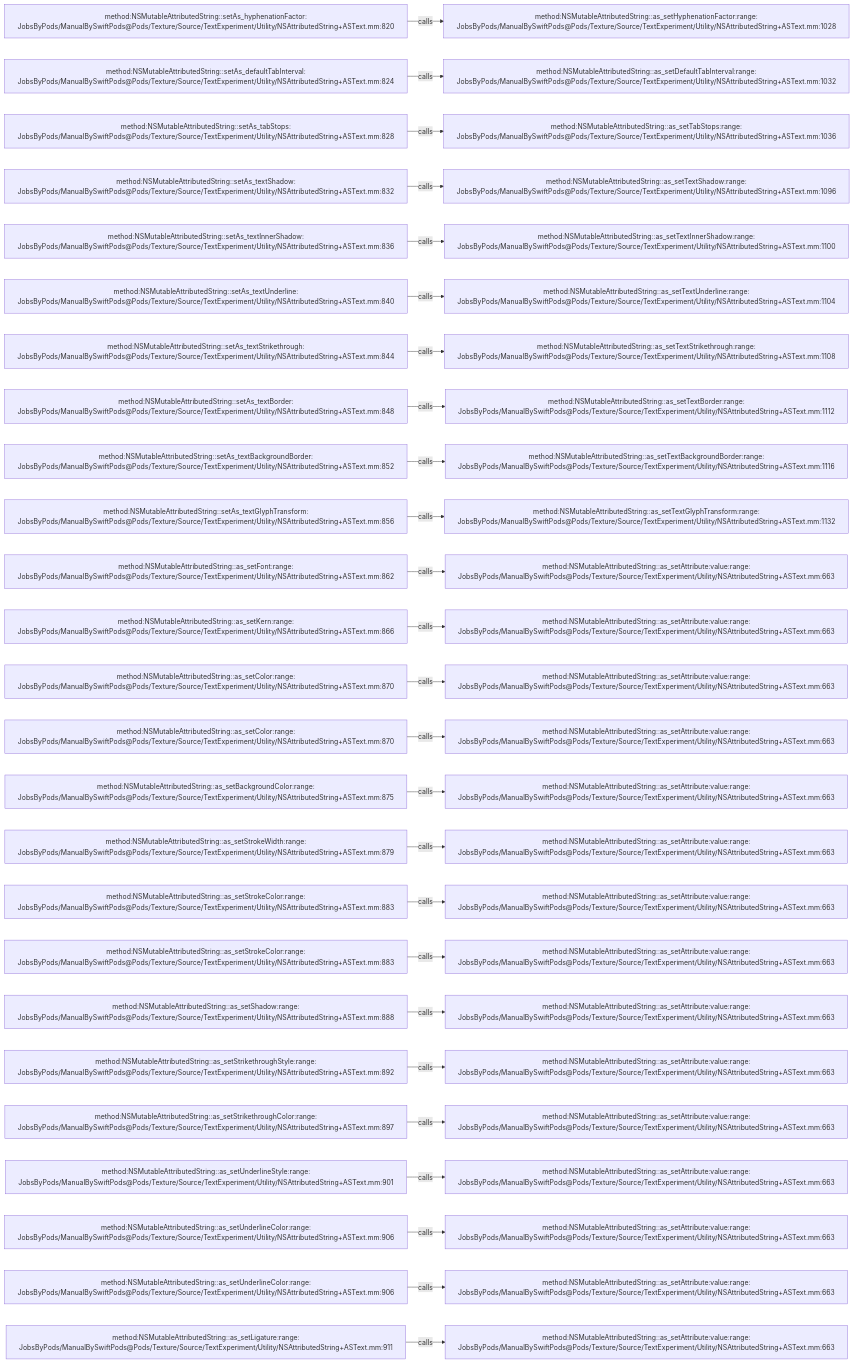
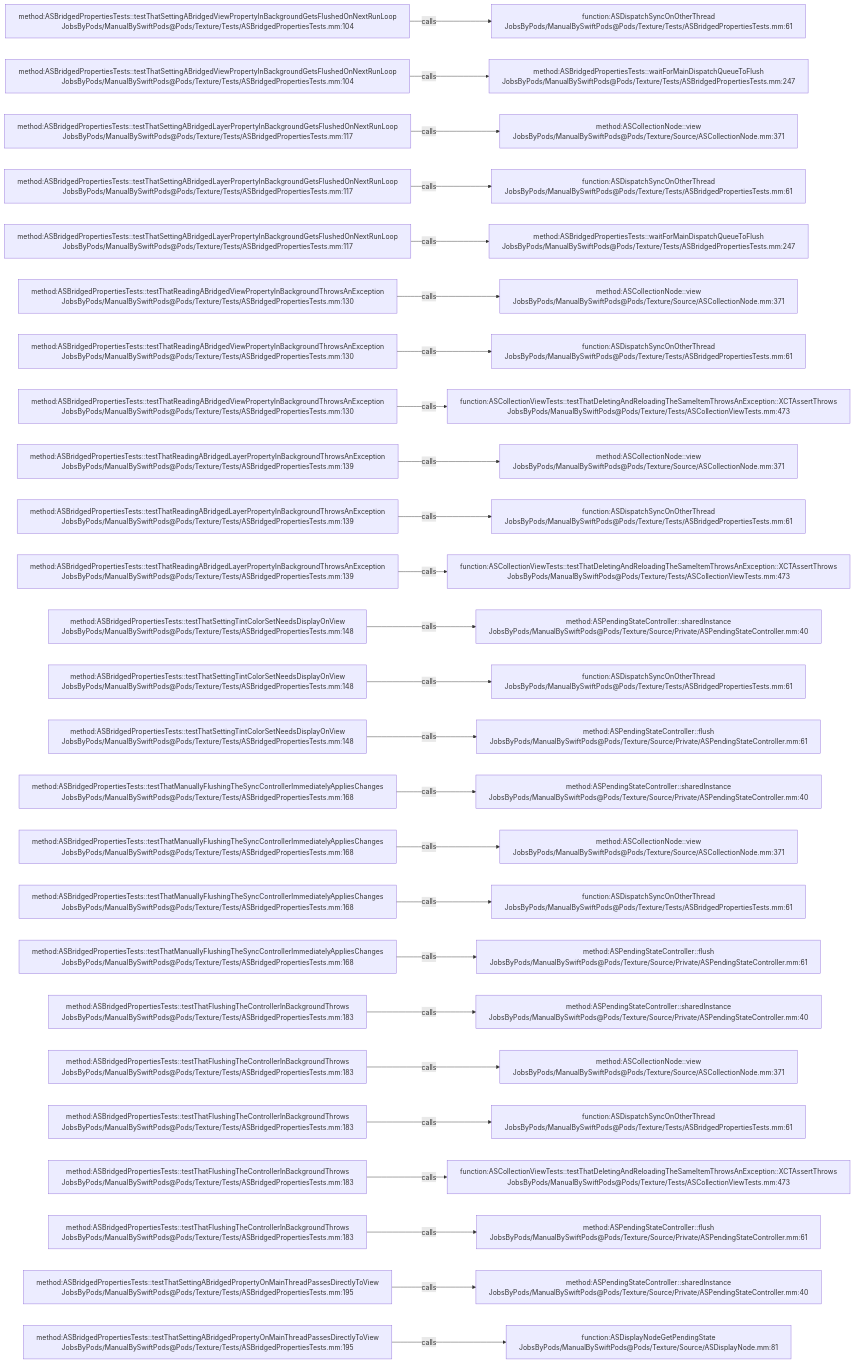
One commit to JobsKits/JobsSwiftBaseConfigDemo changed the diagram in .codegraph/codegraph.md/graphs/calls-164.md. Above: the diagram before and after it, drawn with Mermaid. The commit also changed 832 other files, not shown here.

````diff
--- a/.codegraph/codegraph.md/graphs/calls-164.md
+++ b/.codegraph/codegraph.md/graphs/calls-164.md
@@ -13,78 +13,78 @@
 ```mermaid
 flowchart LR
-  S1["method:NSMutableAttributedString::setAs_hyphenationFactor:<br/>JobsByPods/ManualBySwiftPods@Pods/Texture/Source/TextExperiment/Utility/NSAttributedString+ASText.mm:820"]
-  T1["method:NSMutableAttributedString::as_setHyphenationFactor:range:<br/>JobsByPods/ManualBySwiftPods@Pods/Texture/Source/TextExperiment/Utility/NSAttributedString+ASText.mm:1028"]
+  S1["method:ASBridgedPropertiesTests::testThatSettingABridgedViewPropertyInBackgroundGetsFlushedOnNextRunLoop<br/>JobsByPods/ManualBySwiftPods@Pods/Texture/Tests/ASBridgedPropertiesTests.mm:104"]
+  T1["function:ASDispatchSyncOnOtherThread<br/>JobsByPods/ManualBySwiftPods@Pods/Texture/Tests/ASBridgedPropertiesTests.mm:61"]
   S1 -->|calls| T1
-  S2["method:NSMutableAttributedString::setAs_defaultTabInterval:<br/>JobsByPods/ManualBySwiftPods@Pods/Texture/Source/TextExperiment/Utility/NSAttributedString+ASText.mm:824"]
-  T2["method:NSMutableAttributedString::as_setDefaultTabInterval:range:<br/>JobsByPods/ManualBySwiftPods@Pods/Texture/Source/TextExperiment/Utility/NSAttributedString+ASText.mm:1032"]
+  S2["method:ASBridgedPropertiesTests::testThatSettingABridgedViewPropertyInBackgroundGetsFlushedOnNextRunLoop<br/>JobsByPods/ManualBySwiftPods@Pods/Texture/Tests/ASBridgedPropertiesTests.mm:104"]
+  T2["method:ASBridgedPropertiesTests::waitForMainDispatchQueueToFlush<br/>JobsByPods/ManualBySwiftPods@Pods/Texture/Tests/ASBridgedPropertiesTests.mm:247"]
   S2 -->|calls| T2
-  S3["method:NSMutableAttributedString::setAs_tabStops:<br/>JobsByPods/ManualBySwiftPods@Pods/Texture/Source/TextExperiment/Utility/NSAttributedString+ASText.mm:828"]
-  T3["method:NSMutableAttributedString::as_setTabStops:range:<br/>JobsByPods/ManualBySwiftPods@Pods/Texture/Source/TextExperiment/Utility/NSAttributedString+ASText.mm:1036"]
+  S3["method:ASBridgedPropertiesTests::testThatSettingABridgedLayerPropertyInBackgroundGetsFlushedOnNextRunLoop<br/>JobsByPods/ManualBySwiftPods@Pods/Texture/Tests/ASBridgedPropertiesTests.mm:117"]
+  T3["method:ASCollectionNode::view<br/>JobsByPods/ManualBySwiftPods@Pods/Texture/Source/ASCollectionNode.mm:371"]
   S3 -->|calls| T3
-  S4["method:NSMutableAttributedString::setAs_textShadow:<br/>JobsByPods/ManualBySwiftPods@Pods/Texture/Source/TextExperiment/Utility/NSAttributedString+ASText.mm:832"]
-  T4["method:NSMutableAttributedString::as_setTextShadow:range:<br/>JobsByPods/ManualBySwiftPods@Pods/Texture/Source/TextExperiment/Utility/NSAttributedString+ASText.mm:1096"]
+  S4["method:ASBridgedPropertiesTests::testThatSettingABridgedLayerPropertyInBackgroundGetsFlushedOnNextRunLoop<br/>JobsByPods/ManualBySwiftPods@Pods/Texture/Tests/ASBridgedPropertiesTests.mm:117"]
+  T4["function:ASDispatchSyncOnOtherThread<br/>JobsByPods/ManualBySwiftPods@Pods/Texture/Tests/ASBridgedPropertiesTests.mm:61"]
   S4 -->|calls| T4
-  S5["method:NSMutableAttributedString::setAs_textInnerShadow:<br/>JobsByPods/ManualBySwiftPods@Pods/Texture/Source/TextExperiment/Utility/NSAttributedString+ASText.mm:836"]
-  T5["method:NSMutableAttributedString::as_setTextInnerShadow:range:<br/>JobsByPods/ManualBySwiftPods@Pods/Texture/Source/TextExperiment/Utility/NSAttributedString+ASText.mm:1100"]
+  S5["method:ASBridgedPropertiesTests::testThatSettingABridgedLayerPropertyInBackgroundGetsFlushedOnNextRunLoop<br/>JobsByPods/ManualBySwiftPods@Pods/Texture/Tests/ASBridgedPropertiesTests.mm:117"]
+  T5["method:ASBridgedPropertiesTests::waitForMainDispatchQueueToFlush<br/>JobsByPods/ManualBySwiftPods@Pods/Texture/Tests/ASBridgedPropertiesTests.mm:247"]
   S5 -->|calls| T5
-  S6["method:NSMutableAttributedString::setAs_textUnderline:<br/>JobsByPods/ManualBySwiftPods@Pods/Texture/Source/TextExperiment/Utility/NSAttributedString+ASText.mm:840"]
-  T6["method:NSMutableAttributedString::as_setTextUnderline:range:<br/>JobsByPods/ManualBySwiftPods@Pods/Texture/Source/TextExperiment/Utility/NSAttributedString+ASText.mm:1104"]
+  S6["method:ASBridgedPropertiesTests::testThatReadingABridgedViewPropertyInBackgroundThrowsAnException<br/>JobsByPods/ManualBySwiftPods@Pods/Texture/Tests/ASBridgedPropertiesTests.mm:130"]
+  T6["method:ASCollectionNode::view<br/>JobsByPods/ManualBySwiftPods@Pods/Texture/Source/ASCollectionNode.mm:371"]
   S6 -->|calls| T6
-  S7["method:NSMutableAttributedString::setAs_textStrikethrough:<br/>JobsByPods/ManualBySwiftPods@Pods/Texture/Source/TextExperiment/Utility/NSAttributedString+ASText.mm:844"]
-  T7["method:NSMutableAttributedString::as_setTextStrikethrough:range:<br/>JobsByPods/ManualBySwiftPods@Pods/Texture/Source/TextExperiment/Utility/NSAttributedString+ASText.mm:1108"]
+  S7["method:ASBridgedPropertiesTests::testThatReadingABridgedViewPropertyInBackgroundThrowsAnException<br/>JobsByPods/ManualBySwiftPods@Pods/Texture/Tests/ASBridgedPropertiesTests.mm:130"]
+  T7["function:ASDispatchSyncOnOtherThread<br/>JobsByPods/ManualBySwiftPods@Pods/Texture/Tests/ASBridgedPropertiesTests.mm:61"]
   S7 -->|calls| T7
-  S8["method:NSMutableAttributedString::setAs_textBorder:<br/>JobsByPods/ManualBySwiftPods@Pods/Texture/Source/TextExperiment/Utility/NSAttributedString+ASText.mm:848"]
-  T8["method:NSMutableAttributedString::as_setTextBorder:range:<br/>JobsByPods/ManualBySwiftPods@Pods/Texture/Source/TextExperiment/Utility/NSAttributedString+ASText.mm:1112"]
+  S8["method:ASBridgedPropertiesTests::testThatReadingABridgedViewPropertyInBackgroundThrowsAnException<br/>JobsByPods/ManualBySwiftPods@Pods/Texture/Tests/ASBridgedPropertiesTests.mm:130"]
+  T8["function:ASCollectionViewTests::testThatDeletingAndReloadingTheSameItemThrowsAnException::XCTAssertThrows<br/>JobsByPods/ManualBySwiftPods@Pods/Texture/Tests/ASCollectionViewTests.mm:473"]
   S8 -->|calls| T8
-  S9["method:NSMutableAttributedString::setAs_textBackgroundBorder:<br/>JobsByPods/ManualBySwiftPods@Pods/Texture/Source/TextExperiment/Utility/NSAttributedString+ASText.mm:852"]
-  T9["method:NSMutableAttributedString::as_setTextBackgroundBorder:range:<br/>JobsByPods/ManualBySwiftPods@Pods/Texture/Source/TextExperiment/Utility/NSAttributedString+ASText.mm:1116"]
+  S9["method:ASBridgedPropertiesTests::testThatReadingABridgedLayerPropertyInBackgroundThrowsAnException<br/>JobsByPods/ManualBySwiftPods@Pods/Texture/Tests/ASBridgedPropertiesTests.mm:139"]
+  T9["method:ASCollectionNode::view<br/>JobsByPods/ManualBySwiftPods@Pods/Texture/Source/ASCollectionNode.mm:371"]
   S9 -->|calls| T9
-  S10["method:NSMutableAttributedString::setAs_textGlyphTransform:<br/>JobsByPods/ManualBySwiftPods@Pods/Texture/Source/TextExperiment/Utility/NSAttributedString+ASText.mm:856"]
-  T10["method:NSMutableAttributedString::as_setTextGlyphTransform:range:<br/>JobsByPods/ManualBySwiftPods@Pods/Texture/Source/TextExperiment/Utility/NSAttributedString+ASText.mm:1132"]
+  S10["method:ASBridgedPropertiesTests::testThatReadingABridgedLayerPropertyInBackgroundThrowsAnException<br/>JobsByPods/ManualBySwiftPods@Pods/Texture/Tests/ASBridgedPropertiesTests.mm:139"]
+  T10["function:ASDispatchSyncOnOtherThread<br/>JobsByPods/ManualBySwiftPods@Pods/Texture/Tests/ASBridgedPropertiesTests.mm:61"]
   S10 -->|calls| T10
-  S11["method:NSMutableAttributedString::as_setFont:range:<br/>JobsByPods/ManualBySwiftPods@Pods/Texture/Source/TextExperiment/Utility/NSAttributedString+ASText.mm:862"]
-  T11["method:NSMutableAttributedString::as_setAttribute:value:range:<br/>JobsByPods/ManualBySwiftPods@Pods/Texture/Source/TextExperiment/Utility/NSAttributedString+ASText.mm:663"]
+  S11["method:ASBridgedPropertiesTests::testThatReadingABridgedLayerPropertyInBackgroundThrowsAnException<br/>JobsByPods/ManualBySwiftPods@Pods/Texture/Tests/ASBridgedPropertiesTests.mm:139"]
+  T11["function:ASCollectionViewTests::testThatDeletingAndReloadingTheSameItemThrowsAnException::XCTAssertThrows<br/>JobsByPods/ManualBySwiftPods@Pods/Texture/Tests/ASCollectionViewTests.mm:473"]
   S11 -->|calls| T11
-  S12["method:NSMutableAttributedString::as_setKern:range:<br/>JobsByPods/ManualBySwiftPods@Pods/Texture/Source/TextExperiment/Utility/NSAttributedString+ASText.mm:866"]
-  T12["method:NSMutableAttributedString::as_setAttribute:value:range:<br/>JobsByPods/ManualBySwiftPods@Pods/Texture/Source/TextExperiment/Utility/NSAttributedString+ASText.mm:663"]
+  S12["method:ASBridgedPropertiesTests::testThatSettingTintColorSetNeedsDisplayOnView<br/>JobsByPods/ManualBySwiftPods@Pods/Texture/Tests/ASBridgedPropertiesTests.mm:148"]
+  T12["method:ASPendingStateController::sharedInstance<br/>JobsByPods/ManualBySwiftPods@Pods/Texture/Source/Private/ASPendingStateController.mm:40"]
   S12 -->|calls| T12
-  S13["method:NSMutableAttributedString::as_setColor:range:<br/>JobsByPods/ManualBySwiftPods@Pods/Texture/Source/TextExperiment/Utility/NSAttributedString+ASText.mm:870"]
-  T13["method:NSMutableAttributedString::as_setAttribute:value:range:<br/>JobsByPods/ManualBySwiftPods@Pods/Texture/Source/TextExperiment/Utility/NSAttributedString+ASText.mm:663"]
+  S13["method:ASBridgedPropertiesTests::testThatSettingTintColorSetNeedsDisplayOnView<br/>JobsByPods/ManualBySwiftPods@Pods/Texture/Tests/ASBridgedPropertiesTests.mm:148"]
+  T13["function:ASDispatchSyncOnOtherThread<br/>JobsByPods/ManualBySwiftPods@Pods/Texture/Tests/ASBridgedPropertiesTests.mm:61"]
   S13 -->|calls| T13
-  S14["method:NSMutableAttributedString::as_setColor:range:<br/>JobsByPods/ManualBySwiftPods@Pods/Texture/Source/TextExperiment/Utility/NSAttributedString+ASText.mm:870"]
-  T14["method:NSMutableAttributedString::as_setAttribute:value:range:<br/>JobsByPods/ManualBySwiftPods@Pods/Texture/Source/TextExperiment/Utility/NSAttributedString+ASText.mm:663"]
+  S14["method:ASBridgedPropertiesTests::testThatSettingTintColorSetNeedsDisplayOnView<br/>JobsByPods/ManualBySwiftPods@Pods/Texture/Tests/ASBridgedPropertiesTests.mm:148"]
+  T14["method:ASPendingStateController::flush<br/>JobsByPods/ManualBySwiftPods@Pods/Texture/Source/Private/ASPendingStateController.mm:61"]
   S14 -->|calls| T14
-  S15["method:NSMutableAttributedString::as_setBackgroundColor:range:<br/>JobsByPods/ManualBySwiftPods@Pods/Texture/Source/TextExperiment/Utility/NSAttributedString+ASText.mm:875"]
-  T15["method:NSMutableAttributedString::as_setAttribute:value:range:<br/>JobsByPods/ManualBySwiftPods@Pods/Texture/Source/TextExperiment/Utility/NSAttributedString+ASText.mm:663"]
+  S15["method:ASBridgedPropertiesTests::testThatManuallyFlushingTheSyncControllerImmediatelyAppliesChanges<br/>JobsByPods/ManualBySwiftPods@Pods/Texture/Tests/ASBridgedPropertiesTests.mm:168"]
+  T15["method:ASPendingStateController::sharedInstance<br/>JobsByPods/ManualBySwiftPods@Pods/Texture/Source/Private/ASPendingStateController.mm:40"]
   S15 -->|calls| T15
-  S16["method:NSMutableAttributedString::as_setStrokeWidth:range:<br/>JobsByPods/ManualBySwiftPods@Pods/Texture/Source/TextExperiment/Utility/NSAttributedString+ASText.mm:879"]
-  T16["method:NSMutableAttributedString::as_setAttribute:value:range:<br/>JobsByPods/ManualBySwiftPods@Pods/Texture/Source/TextExperiment/Utility/NSAttributedString+ASText.mm:663"]
+  S16["method:ASBridgedPropertiesTests::testThatManuallyFlushingTheSyncControllerImmediatelyAppliesChanges<br/>JobsByPods/ManualBySwiftPods@Pods/Texture/Tests/ASBridgedPropertiesTests.mm:168"]
+  T16["method:ASCollectionNode::view<br/>JobsByPods/ManualBySwiftPods@Pods/Texture/Source/ASCollectionNode.mm:371"]
   S16 -->|calls| T16
-  S17["method:NSMutableAttributedString::as_setStrokeColor:range:<br/>JobsByPods/ManualBySwiftPods@Pods/Texture/Source/TextExperiment/Utility/NSAttributedString+ASText.mm:883"]
-  T17["method:NSMutableAttributedString::as_setAttribute:value:range:<br/>JobsByPods/ManualBySwiftPods@Pods/Texture/Source/TextExperiment/Utility/NSAttributedString+ASText.mm:663"]
+  S17["method:ASBridgedPropertiesTests::testThatManuallyFlushingTheSyncControllerImmediatelyAppliesChanges<br/>JobsByPods/ManualBySwiftPods@Pods/Texture/Tests/ASBridgedPropertiesTests.mm:168"]
+  T17["function:ASDispatchSyncOnOtherThread<br/>JobsByPods/ManualBySwiftPods@Pods/Texture/Tests/ASBridgedPropertiesTests.mm:61"]
   S17 -->|calls| T17
-  S18["method:NSMutableAttributedString::as_setStrokeColor:range:<br/>JobsByPods/ManualBySwiftPods@Pods/Texture/Source/TextExperiment/Utility/NSAttributedString+ASText.mm:883"]
-  T18["method:NSMutableAttributedString::as_setAttribute:value:range:<br/>JobsByPods/ManualBySwiftPods@Pods/Texture/Source/TextExperiment/Utility/NSAttributedString+ASText.mm:663"]
+  S18["method:ASBridgedPropertiesTests::testThatManuallyFlushingTheSyncControllerImmediatelyAppliesChanges<br/>JobsByPods/ManualBySwiftPods@Pods/Texture/Tests/ASBridgedPropertiesTests.mm:168"]
+  T18["method:ASPendingStateController::flush<br/>JobsByPods/ManualBySwiftPods@Pods/Texture/Source/Private/ASPendingStateController.mm:61"]
   S18 -->|calls| T18
-  S19["method:NSMutableAttributedString::as_setShadow:range:<br/>JobsByPods/ManualBySwiftPods@Pods/Texture/Source/TextExperiment/Utility/NSAttributedString+ASText.mm:888"]
-  T19["method:NSMutableAttributedString::as_setAttribute:value:range:<br/>JobsByPods/ManualBySwiftPods@Pods/Texture/Source/TextExperiment/Utility/NSAttributedString+ASText.mm:663"]
+  S19["method:ASBridgedPropertiesTests::testThatFlushingTheControllerInBackgroundThrows<br/>JobsByPods/ManualBySwiftPods@Pods/Texture/Tests/ASBridgedPropertiesTests.mm:183"]
+  T19["method:ASPendingStateController::sharedInstance<br/>JobsByPods/ManualBySwiftPods@Pods/Texture/Source/Private/ASPendingStateController.mm:40"]
   S19 -->|calls| T19
-  S20["method:NSMutableAttributedString::as_setStrikethroughStyle:range:<br/>JobsByPods/ManualBySwiftPods@Pods/Texture/Source/TextExperiment/Utility/NSAttributedString+ASText.mm:892"]
-  T20["method:NSMutableAttributedString::as_setAttribute:value:range:<br/>JobsByPods/ManualBySwiftPods@Pods/Texture/Source/TextExperiment/Utility/NSAttributedString+ASText.mm:663"]
+  S20["method:ASBridgedPropertiesTests::testThatFlushingTheControllerInBackgroundThrows<br/>JobsByPods/ManualBySwiftPods@Pods/Texture/Tests/ASBridgedPropertiesTests.mm:183"]
+  T20["method:ASCollectionNode::view<br/>JobsByPods/ManualBySwiftPods@Pods/Texture/Source/ASCollectionNode.mm:371"]
   S20 -->|calls| T20
-  S21["method:NSMutableAttributedString::as_setStrikethroughColor:range:<br/>JobsByPods/ManualBySwiftPods@Pods/Texture/Source/TextExperiment/Utility/NSAttributedString+ASText.mm:897"]
-  T21["method:NSMutableAttributedString::as_setAttribute:value:range:<br/>JobsByPods/ManualBySwiftPods@Pods/Texture/Source/TextExperiment/Utility/NSAttributedString+ASText.mm:663"]
+  S21["method:ASBridgedPropertiesTests::testThatFlushingTheControllerInBackgroundThrows<br/>JobsByPods/ManualBySwiftPods@Pods/Texture/Tests/ASBridgedPropertiesTests.mm:183"]
+  T21["function:ASDispatchSyncOnOtherThread<br/>JobsByPods/ManualBySwiftPods@Pods/Texture/Tests/ASBridgedPropertiesTests.mm:61"]
   S21 -->|calls| T21
-  S22["method:NSMutableAttributedString::as_setUnderlineStyle:range:<br/>JobsByPods/ManualBySwiftPods@Pods/Texture/Source/TextExperiment/Utility/NSAttributedString+ASText.mm:901"]
-  T22["method:NSMutableAttributedString::as_setAttribute:value:range:<br/>JobsByPods/ManualBySwiftPods@Pods/Texture/Source/TextExperiment/Utility/NSAttributedString+ASText.mm:663"]
+  S22["method:ASBridgedPropertiesTests::testThatFlushingTheControllerInBackgroundThrows<br/>JobsByPods/ManualBySwiftPods@Pods/Texture/Tests/ASBridgedPropertiesTests.mm:183"]
+  T22["function:ASCollectionViewTests::testThatDeletingAndReloadingTheSameItemThrowsAnException::XCTAssertThrows<br/>JobsByPods/ManualBySwiftPods@Pods/Texture/Tests/ASCollectionViewTests.mm:473"]
   S22 -->|calls| T22
-  S23["method:NSMutableAttributedString::as_setUnderlineColor:range:<br/>JobsByPods/ManualBySwiftPods@Pods/Texture/Source/TextExperiment/Utility/NSAttributedString+ASText.mm:906"]
-  T23["method:NSMutableAttributedString::as_setAttribute:value:range:<br/>JobsByPods/ManualBySwiftPods@Pods/Texture/Source/TextExperiment/Utility/NSAttributedString+ASText.mm:663"]
+  S23["method:ASBridgedPropertiesTests::testThatFlushingTheControllerInBackgroundThrows<br/>JobsByPods/ManualBySwiftPods@Pods/Texture/Tests/ASBridgedPropertiesTests.mm:183"]
+  T23["method:ASPendingStateController::flush<br/>JobsByPods/ManualBySwiftPods@Pods/Texture/Source/Private/ASPendingStateController.mm:61"]
   S23 -->|calls| T23
-  S24["method:NSMutableAttributedString::as_setUnderlineColor:range:<br/>JobsByPods/ManualBySwiftPods@Pods/Texture/Source/TextExperiment/Utility/NSAttributedString+ASText.mm:906"]
-  T24["method:NSMutableAttributedString::as_setAttribute:value:range:<br/>JobsByPods/ManualBySwiftPods@Pods/Texture/Source/TextExperiment/Utility/NSAttributedString+ASText.mm:663"]
+  S24["method:ASBridgedPropertiesTests::testThatSettingABridgedPropertyOnMainThreadPassesDirectlyToView<br/>JobsByPods/ManualBySwiftPods@Pods/Texture/Tests/ASBridgedPropertiesTests.mm:195"]
+  T24["method:ASPendingStateController::sharedInstance<br/>JobsByPods/ManualBySwiftPods@Pods/Texture/Source/Private/ASPendingStateController.mm:40"]
   S24 -->|calls| T24
-  S25["method:NSMutableAttributedString::as_setLigature:range:<br/>JobsByPods/ManualBySwiftPods@Pods/Texture/Source/TextExperiment/Utility/NSAttributedString+ASText.mm:911"]
-  T25["method:NSMutableAttributedString::as_setAttribute:value:range:<br/>JobsByPods/ManualBySwiftPods@Pods/Texture/Source/TextExperiment/Utility/NSAttributedString+ASText.mm:663"]
+  S25["method:ASBridgedPropertiesTests::testThatSettingABridgedPropertyOnMainThreadPassesDirectlyToView<br/>JobsByPods/ManualBySwiftPods@Pods/Texture/Tests/ASBridgedPropertiesTests.mm:195"]
+  T25["function:ASDisplayNodeGetPendingState<br/>JobsByPods/ManualBySwiftPods@Pods/Texture/Source/ASDisplayNode.mm:81"]
   S25 -->|calls| T25
 ```
````
